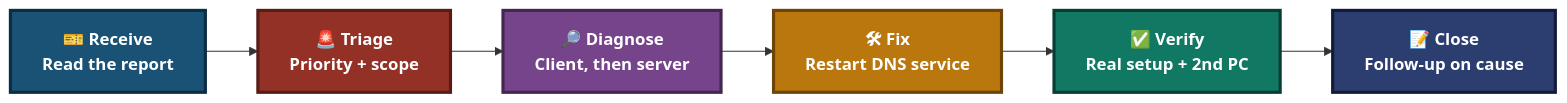
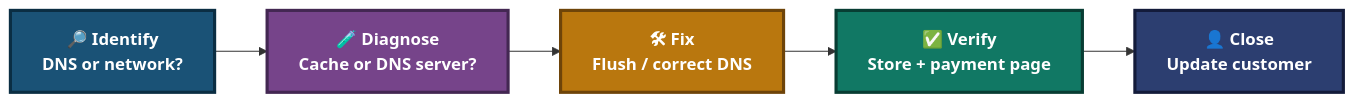
The first of 5 diagrams in 01-video-knowledge-base/01.1-DNS-Resolution-Issue.md (malaika-azhar/Customer-Tech-Support-Portfolio), drawn with Mermaid before and after one commit. The commit also changed other lines of this file, not shown here.

````diff
--- a/01-video-knowledge-base/01.1-DNS-Resolution-Issue.md
+++ b/01-video-knowledge-base/01.1-DNS-Resolution-Issue.md
@@ -149,11 +115,10 @@
 ```mermaid
 flowchart LR
-    A["🎫 Receive<br/>Read the report"]:::s1 --> B["🚨 Triage<br/>Priority + scope"]:::s2 --> C["🔎 Diagnose<br/>Client, then server"]:::s3 --> D["🛠 Fix<br/>Restart DNS service"]:::s4 --> E["✅ Verify<br/>Real setup + 2nd PC"]:::s5 --> F["📝 Close<br/>Follow-up on cause"]:::s6
+    A["🔎 Identify<br/>DNS or network?"]:::s1 --> B["🧪 Diagnose<br/>Cache or DNS server?"]:::s2 --> C["🛠 Fix<br/>Flush / correct DNS"]:::s3 --> D["✅ Verify<br/>Store + payment page"]:::s4 --> E["👤 Close<br/>Update customer"]:::s5
 
     classDef s1 fill:#1A5276,stroke:#0B2E43,stroke-width:3px,color:#FFFFFF,font-weight:bold
-    classDef s2 fill:#943126,stroke:#571C16,stroke-width:3px,color:#FFFFFF,font-weight:bold
-    classDef s3 fill:#76448A,stroke:#432752,stroke-width:3px,color:#FFFFFF,font-weight:bold
-    classDef s4 fill:#B9770E,stroke:#6E4409,stroke-width:3px,color:#FFFFFF,font-weight:bold
-    classDef s5 fill:#117864,stroke:#083D33,stroke-width:3px,color:#FFFFFF,font-weight:bold
-    classDef s6 fill:#2C3E70,stroke:#131B3A,stroke-width:3px,color:#FFFFFF,font-weight:bold
+    classDef s2 fill:#76448A,stroke:#432752,stroke-width:3px,color:#FFFFFF,font-weight:bold
+    classDef s3 fill:#B9770E,stroke:#6E4409,stroke-width:3px,color:#FFFFFF,font-weight:bold
+    classDef s4 fill:#117864,stroke:#083D33,stroke-width:3px,color:#FFFFFF,font-weight:bold
+    classDef s5 fill:#2C3E70,stroke:#131B3A,stroke-width:3px,color:#FFFFFF,font-weight:bold
 ```
````
